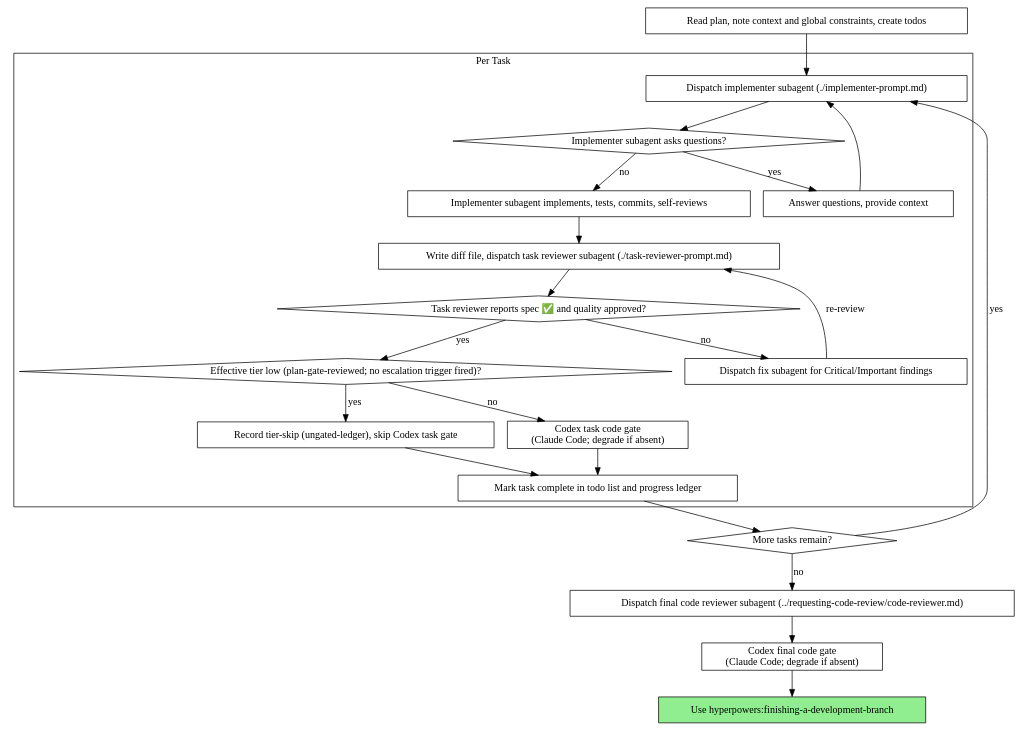
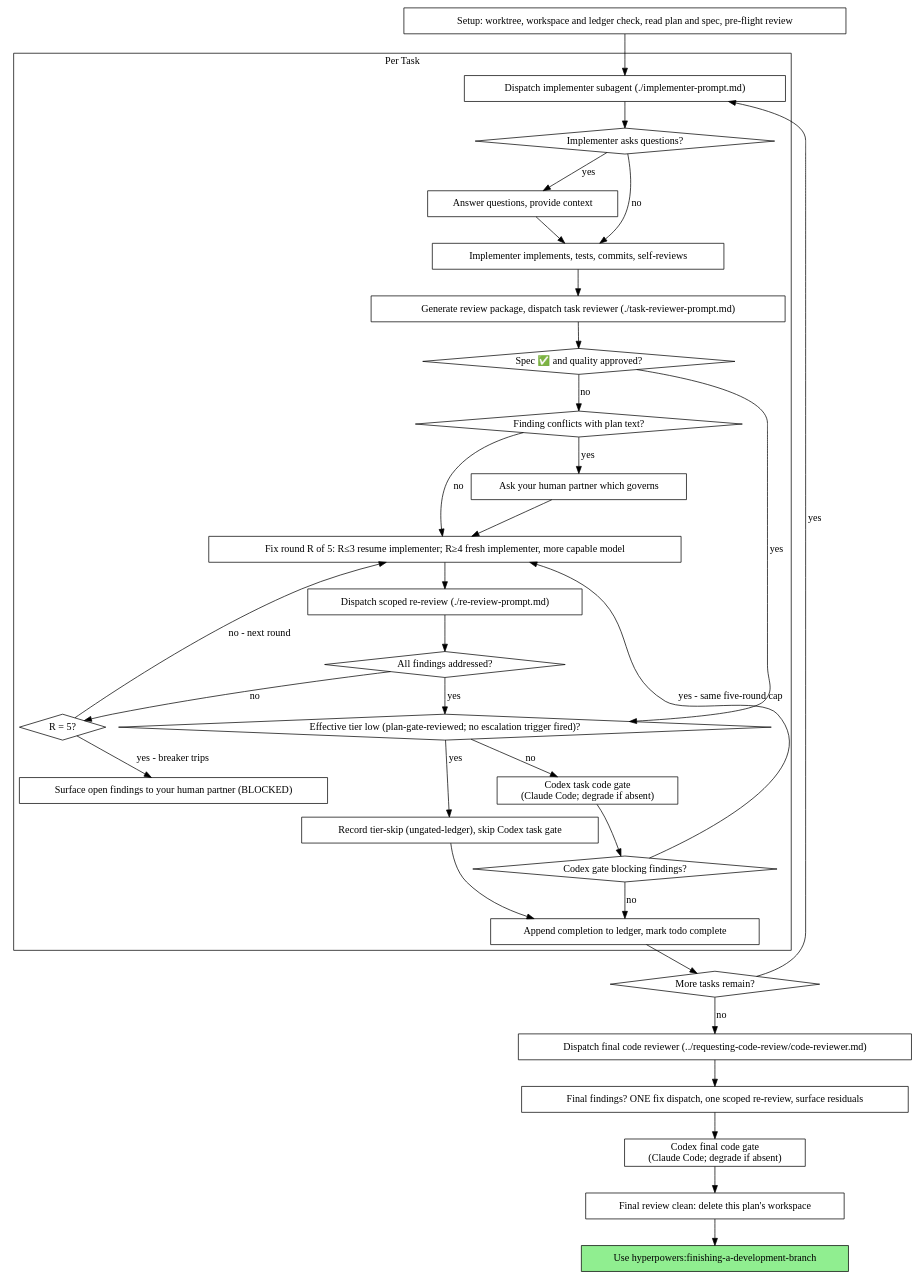
One commit to scott-arne/hyperpowers changed the second of 2 diagrams in skills/subagent-driven-development/SKILL.md. Above: the diagram before and after it, drawn with Graphviz. The commit also changed other lines of this file and 2 other files, not shown here.

Commit message:
feat(sdd): lifecycle restructure with unified five-round fix loop; gate doc reconciled

````diff
--- a/skills/subagent-driven-development/SKILL.md
+++ b/skills/subagent-driven-development/SKILL.md
@@ -47,46 +47,67 @@
 ```dot
 digraph process {
     rankdir=TB;
 
     subgraph cluster_per_task {
         label="Per Task";
         "Dispatch implementer subagent (./implementer-prompt.md)" [shape=box];
-        "Implementer subagent asks questions?" [shape=diamond];
+        "Implementer asks questions?" [shape=diamond];
         "Answer questions, provide context" [shape=box];
-        "Implementer subagent implements, tests, commits, self-reviews" [shape=box];
-        "Write diff file, dispatch task reviewer subagent (./task-reviewer-prompt.md)" [shape=box];
-        "Task reviewer reports spec ✅ and quality approved?" [shape=diamond];
-        "Dispatch fix subagent for Critical/Important findings" [shape=box];
+        "Implementer implements, tests, commits, self-reviews" [shape=box];
+        "Generate review package, dispatch task reviewer (./task-reviewer-prompt.md)" [shape=box];
+        "Spec ✅ and quality approved?" [shape=diamond];
+        "Finding conflicts with plan text?" [shape=diamond];
+        "Ask your human partner which governs" [shape=box];
+        "Fix round R of 5: R≤3 resume implementer; R≥4 fresh implementer, more capable model" [shape=box];
+        "Dispatch scoped re-review (./re-review-prompt.md)" [shape=box];
+        "All findings addressed?" [shape=diamond];
+        "R = 5?" [shape=diamond];
+        "Surface open findings to your human partner (BLOCKED)" [shape=box];
         "Effective tier low (plan-gate-reviewed; no escalation trigger fired)?" [shape=diamond];
         "Record tier-skip (ungated-ledger), skip Codex task gate" [shape=box];
-        "Mark task complete in todo list and progress ledger" [shape=box];
         "Codex task code gate\n(Claude Code; degrade if absent)" [shape=box];
+        "Codex gate blocking findings?" [shape=diamond];
+        "Append completion to ledger, mark todo complete" [shape=box];
     }
 
-    "Read plan, note context and global constraints, create todos" [shape=box];
+    "Setup: worktree, workspace and ledger check, read plan and spec, pre-flight review" [shape=box];
     "More tasks remain?" [shape=diamond];
-    "Dispatch final code reviewer subagent (../requesting-code-review/code-reviewer.md)" [shape=box];
+    "Dispatch final code reviewer (../requesting-code-review/code-reviewer.md)" [shape=box];
+    "Final findings? ONE fix dispatch, one scoped re-review, surface residuals" [shape=box];
+    "Codex final code gate\n(Claude Code; degrade if absent)" [shape=box];
+    "Final review clean: delete this plan's workspace" [shape=box];
     "Use hyperpowers:finishing-a-development-branch" [shape=box style=filled fillcolor=lightgreen];
-    "Codex final code gate\n(Claude Code; degrade if absent)" [shape=box];
 
-    "Read plan, note context and global constraints, create todos" -> "Dispatch implementer subagent (./implementer-prompt.md)";
-    "Dispatch implementer subagent (./implementer-prompt.md)" -> "Implementer subagent asks questions?";
-    "Implementer subagent asks questions?" -> "Answer questions, provide context" [label="yes"];
-    "Answer questions, provide context" -> "Dispatch implementer subagent (./implementer-prompt.md)";
-    "Implementer subagent asks questions?" -> "Implementer subagent implements, tests, commits, self-reviews" [label="no"];
-    "Implementer subagent implements, tests, commits, self-reviews" -> "Write diff file, dispatch task reviewer subagent (./task-reviewer-prompt.md)";
-    "Write diff file, dispatch task reviewer subagent (./task-reviewer-prompt.md)" -> "Task reviewer reports spec ✅ and quality approved?";
-    "Task reviewer reports spec ✅ and quality approved?" -> "Dispatch fix subagent for Critical/Important findings" [label="no"];
-    "Dispatch fix subagent for Critical/Important findings" -> "Write diff file, dispatch task reviewer subagent (./task-reviewer-prompt.md)" [label="re-review"];
-    "Task reviewer reports spec ✅ and quality approved?" -> "Effective tier low (plan-gate-reviewed; no escalation trigger fired)?" [label="yes"];
+    "Setup: worktree, workspace and ledger check, read plan and spec, pre-flight review" -> "Dispatch implementer subagent (./implementer-prompt.md)";
+    "Dispatch implementer subagent (./implementer-prompt.md)" -> "Implementer asks questions?";
+    "Implementer asks questions?" -> "Answer questions, provide context" [label="yes"];
+    "Answer questions, provide context" -> "Implementer implements, tests, commits, self-reviews";
+    "Implementer asks questions?" -> "Implementer implements, tests, commits, self-reviews" [label="no"];
+    "Implementer implements, tests, commits, self-reviews" -> "Generate review package, dispatch task reviewer (./task-reviewer-prompt.md)";
+    "Generate review package, dispatch task reviewer (./task-reviewer-prompt.md)" -> "Spec ✅ and quality approved?";
+    "Spec ✅ and quality approved?" -> "Effective tier low (plan-gate-reviewed; no escalation trigger fired)?" [label="yes"];
+    "Spec ✅ and quality approved?" -> "Finding conflicts with plan text?" [label="no"];
+    "Finding conflicts with plan text?" -> "Ask your human partner which governs" [label="yes"];
+    "Ask your human partner which governs" -> "Fix round R of 5: R≤3 resume implementer; R≥4 fresh implementer, more capable model";
+    "Finding conflicts with plan text?" -> "Fix round R of 5: R≤3 resume implementer; R≥4 fresh implementer, more capable model" [label="no"];
+    "Fix round R of 5: R≤3 resume implementer; R≥4 fresh implementer, more capable model" -> "Dispatch scoped re-review (./re-review-prompt.md)";
+    "Dispatch scoped re-review (./re-review-prompt.md)" -> "All findings addressed?";
+    "All findings addressed?" -> "Effective tier low (plan-gate-reviewed; no escalation trigger fired)?" [label="yes"];
+    "All findings addressed?" -> "R = 5?" [label="no"];
+    "R = 5?" -> "Fix round R of 5: R≤3 resume implementer; R≥4 fresh implementer, more capable model" [label="no - next round"];
+    "R = 5?" -> "Surface open findings to your human partner (BLOCKED)" [label="yes - breaker trips"];
     "Effective tier low (plan-gate-reviewed; no escalation trigger fired)?" -> "Record tier-skip (ungated-ledger), skip Codex task gate" [label="yes"];
-    "Record tier-skip (ungated-ledger), skip Codex task gate" -> "Mark task complete in todo list and progress ledger";
+    "Record tier-skip (ungated-ledger), skip Codex task gate" -> "Append completion to ledger, mark todo complete";
     "Effective tier low (plan-gate-reviewed; no escalation trigger fired)?" -> "Codex task code gate\n(Claude Code; degrade if absent)" [label="no"];
-    "Codex task code gate\n(Claude Code; degrade if absent)" -> "Mark task complete in todo list and progress ledger";
-    "Mark task complete in todo list and progress ledger" -> "More tasks remain?";
+    "Codex task code gate\n(Claude Code; degrade if absent)" -> "Codex gate blocking findings?";
+    "Codex gate blocking findings?" -> "Fix round R of 5: R≤3 resume implementer; R≥4 fresh implementer, more capable model" [label="yes - same five-round cap"];
+    "Codex gate blocking findings?" -> "Append completion to ledger, mark todo complete" [label="no"];
+    "Append completion to ledger, mark todo complete" -> "More tasks remain?";
     "More tasks remain?" -> "Dispatch implementer subagent (./implementer-prompt.md)" [label="yes"];
-    "More tasks remain?" -> "Dispatch final code reviewer subagent (../requesting-code-review/code-reviewer.md)" [label="no"];
-    "Dispatch final code reviewer subagent (../requesting-code-review/code-reviewer.md)" -> "Codex final code gate\n(Claude Code; degrade if absent)";
-    "Codex final code gate\n(Claude Code; degrade if absent)" -> "Use hyperpowers:finishing-a-development-branch";
+    "More tasks remain?" -> "Dispatch final code reviewer (../requesting-code-review/code-reviewer.md)" [label="no"];
+    "Dispatch final code reviewer (../requesting-code-review/code-reviewer.md)" -> "Final findings? ONE fix dispatch, one scoped re-review, surface residuals";
+    "Final findings? ONE fix dispatch, one scoped re-review, surface residuals" -> "Codex final code gate\n(Claude Code; degrade if absent)";
+    "Codex final code gate\n(Claude Code; degrade if absent)" -> "Final review clean: delete this plan's workspace";
+    "Final review clean: delete this plan's workspace" -> "Use hyperpowers:finishing-a-development-branch";
 }
 ```
````
